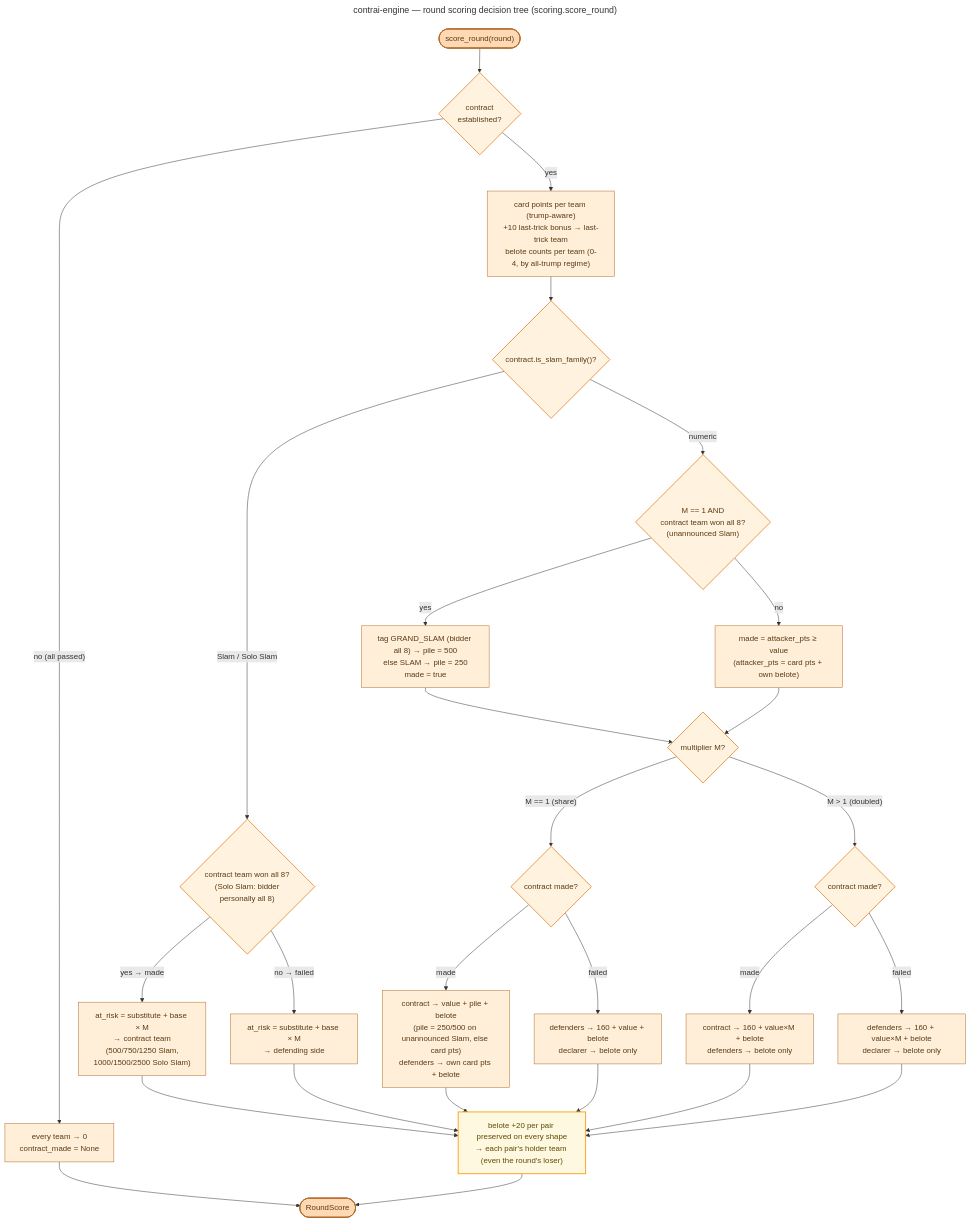
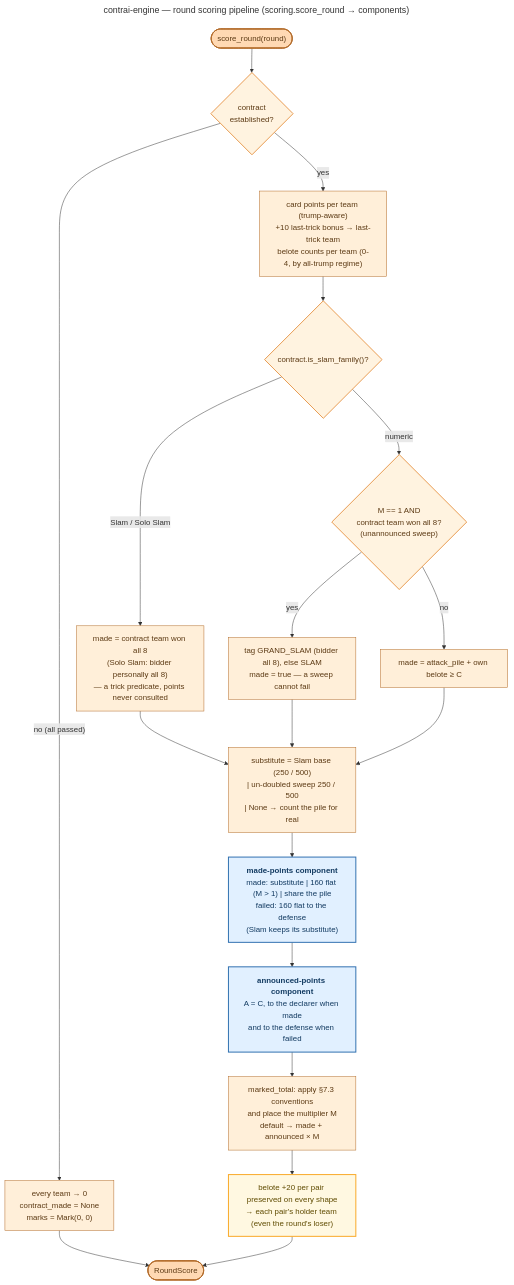
One commit to valmathieu/ContrAI changed the diagram in docs/diagrams/flow_scoring.mmd. Above: the diagram before and after it, drawn with Mermaid. The commit also changed 14 other files, not shown here.

First line of the commit message:
refactor(engine): decompose a round mark into made and announced points

```diff
--- a/docs/diagrams/flow_scoring.mmd
+++ b/docs/diagrams/flow_scoring.mmd
@@ -1,55 +1,49 @@
 ---
-title: contrai-engine — round scoring decision tree (scoring.score_round)
+title: contrai-engine — round scoring pipeline (scoring.score_round → components)
 ---
 flowchart TD
     Start(["score_round(round)"]) --> HasContract{"contract<br/>established?"}
 
-    HasContract -- "no (all passed)" --> Zero["every team → 0<br/>contract_made = None"]
+    HasContract -- "no (all passed)" --> Zero["every team → 0<br/>contract_made = None<br/>marks = Mark(0, 0)"]
     Zero --> End(["RoundScore"])
 
     HasContract -- "yes" --> Points["card points per team (trump-aware)<br/>+10 last-trick bonus → last-trick team<br/>belote counts per team (0-4, by all-trump regime)"]
-    Points --> Family{"contract.is_slam_family()?"}
+    Points --> Judge{"contract.is_slam_family()?"}
 
-    %% ---------- Slam / Solo Slam path ----------
-    Family -- "Slam / Solo Slam" --> SlamMade{"contract team won all 8?<br/>(Solo Slam: bidder<br/>personally all 8)"}
-    SlamMade -- "yes → made" --> SlamWin["at_risk = substitute + base × M<br/>→ contract team<br/>(500/750/1250 Slam,<br/>1000/1500/2500 Solo Slam)"]
-    SlamMade -- "no → failed" --> SlamLose["at_risk = substitute + base × M<br/>→ defending side"]
-    SlamWin --> Belote
-    SlamLose --> Belote
+    %% ---------- Judging made / failed ----------
+    Judge -- "Slam / Solo Slam" --> SlamMade["made = contract team won all 8<br/>(Solo Slam: bidder personally all 8)<br/>— a trick predicate, points never consulted"]
+    Judge -- "numeric" --> Sweep{"M == 1 AND<br/>contract team won all 8?<br/>(unannounced sweep)"}
+    Sweep -- "yes" --> SweepTag["tag GRAND_SLAM (bidder all 8), else SLAM<br/>made = true — a sweep cannot fail"]
+    Sweep -- "no" --> NumMade["made = attack_pile + own belote ≥ C"]
 
-    %% ---------- Numeric path (80–180) ----------
-    Family -- "numeric" --> Sweep{"M == 1 AND<br/>contract team won all 8?<br/>(unannounced Slam)"}
-    Sweep -- "yes" --> SweepTag["tag GRAND_SLAM (bidder all 8) → pile = 500<br/>else SLAM → pile = 250<br/>made = true"]
-    Sweep -- "no" --> NumMade
-    SweepTag --> Mult
+    %% ---------- The substitute ----------
+    SlamMade --> Subst
+    SweepTag --> Subst
+    NumMade --> Subst
+    Subst["substitute = Slam base (250 / 500)<br/>| un-doubled sweep 250 / 500<br/>| None → count the pile for real"]
 
-    NumMade["made = attacker_pts ≥ value<br/>(attacker_pts = card pts + own belote)"] --> Mult{"multiplier M?"}
+    %% ---------- The two §7.2 components ----------
+    Subst --> MadeComp
+    MadeComp["<b>made-points component</b><br/>made: substitute | 160 flat (M &gt; 1) | share the pile<br/>failed: 160 flat to the defense<br/>(Slam keeps its substitute)"]
+    MadeComp --> AnnComp
+    AnnComp["<b>announced-points component</b><br/>A = C, to the declarer when made<br/>and to the defense when failed"]
 
-    %% --- M == 1: share the pile ---
-    Mult -- "M == 1 (share)" --> ShareMade{"contract made?"}
-    ShareMade -- "made" --> ShareWin["contract → value + pile + belote<br/>(pile = 250/500 on unannounced Slam, else card pts)<br/>defenders → own card pts + belote"]
-    ShareMade -- "failed" --> ShareLose["defenders → 160 + value + belote<br/>declarer → belote only"]
-    ShareWin --> Belote
-    ShareLose --> Belote
-
-    %% --- M > 1: winner takes all ---
-    Mult -- "M > 1 (doubled)" --> DblMade{"contract made?"}
-    DblMade -- "made" --> DblWin["contract → 160 + value×M + belote<br/>defenders → belote only"]
-    DblMade -- "failed" --> DblLose["defenders → 160 + value×M + belote<br/>declarer → belote only"]
-    DblWin --> Belote
-    DblLose --> Belote
+    AnnComp --> Reduce["marked_total: apply §7.3 conventions<br/>and place the multiplier M<br/>default → made + announced × M"]
+    Reduce --> Belote
 
     %% ---------- Shared belote footer ----------
     Belote["belote +20 per pair preserved on every shape<br/>→ each pair's holder team (even the round's loser)"]
     Belote --> End
 
     %% ---------- Engine-orange palette ----------
     classDef entry fill:#FFD9B3,stroke:#B26A28,stroke-width:2px,color:#5C3A14;
     classDef step fill:#FFEFD9,stroke:#B26A28,stroke-width:1px,color:#5C3A14;
     classDef decision fill:#FFF3E0,stroke:#E89A4F,stroke-width:2px,color:#5C3A14;
+    classDef component fill:#E1F0FF,stroke:#2F6FAF,stroke-width:2px,color:#123A61;
     classDef belote fill:#FFF8E1,stroke:#F9A825,stroke-width:2px,color:#5F4B00;
 
     class Start,End entry;
-    class HasContract,Family,SlamMade,Sweep,Mult,ShareMade,DblMade decision;
-    class Zero,Points,SlamWin,SlamLose,SweepTag,NumMade,ShareWin,ShareLose,DblWin,DblLose step;
+    class HasContract,Judge,Sweep decision;
+    class Zero,Points,SlamMade,SweepTag,NumMade,Subst,Reduce step;
+    class MadeComp,AnnComp component;
     class Belote belote;
```
